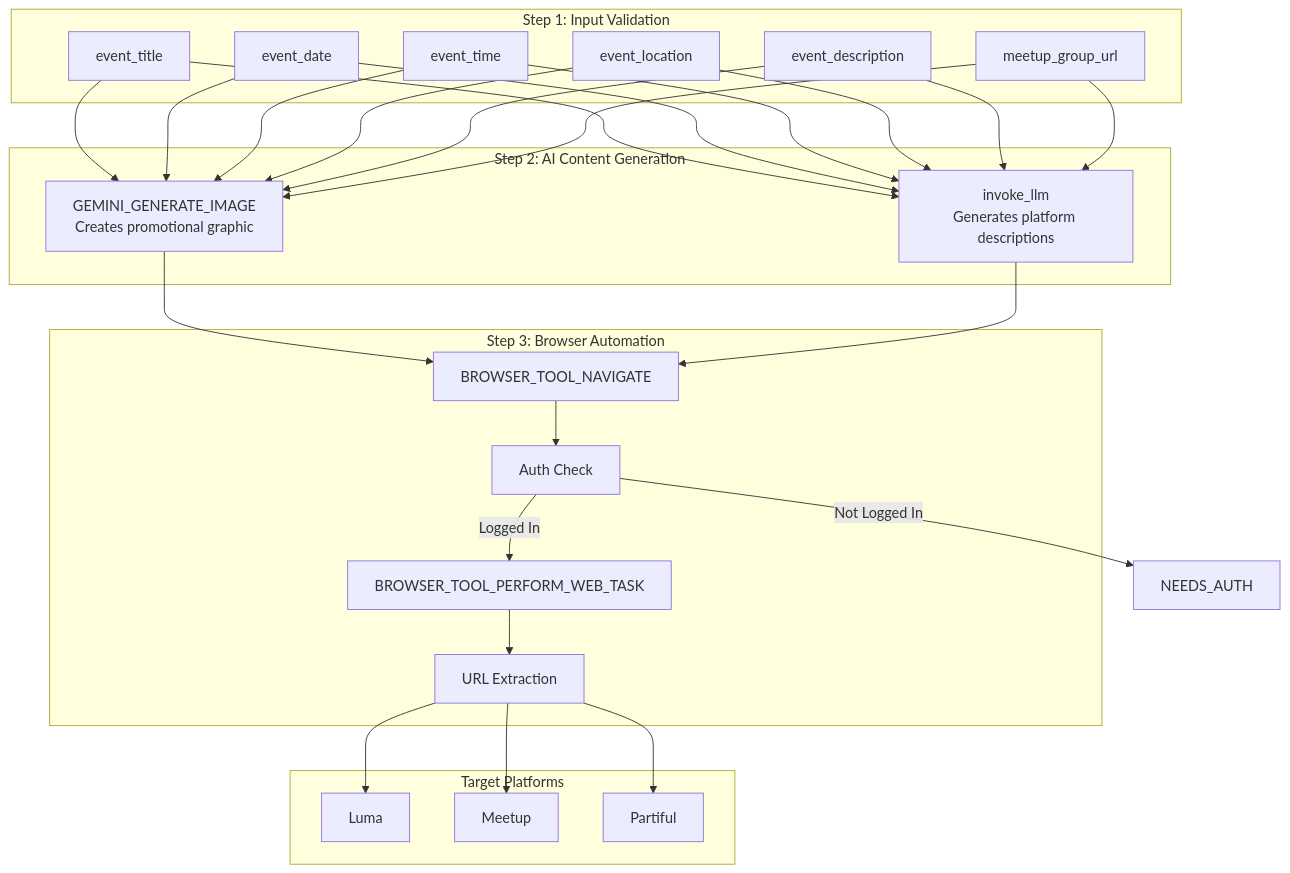
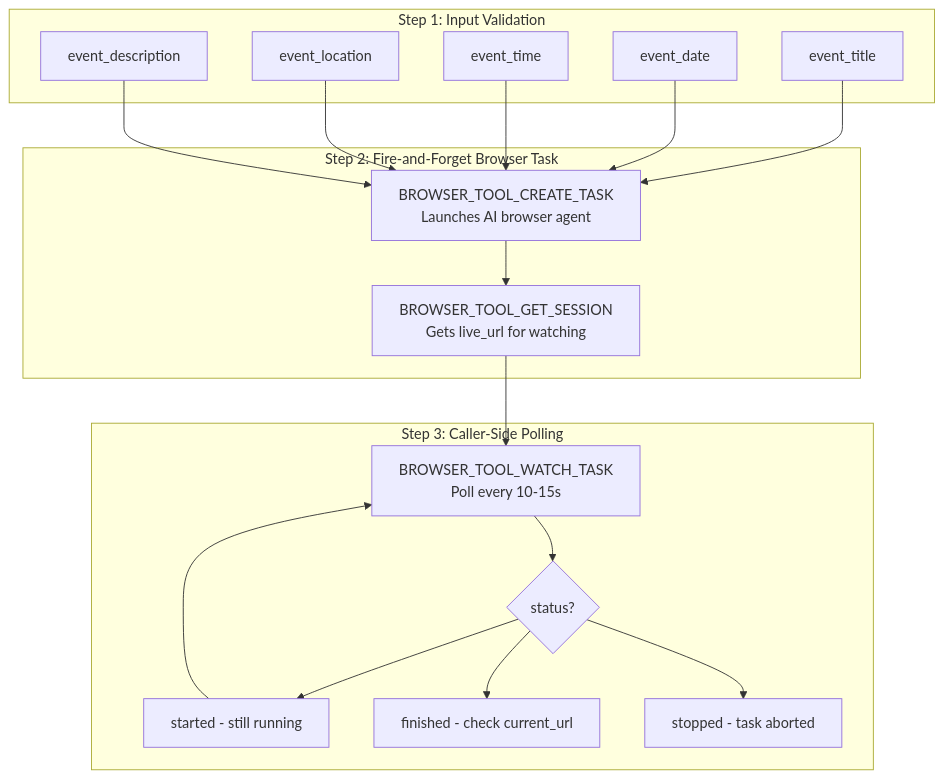
The first of 2 diagrams in docs/event-creation.md (Coffee-Code-Philly-Accelerator/CCP-Digital-Marketing), drawn with Mermaid before and after one commit. The commit also changed other lines of this file and 83 other files, not shown here.

````diff
--- a/docs/event-creation.md
+++ b/docs/event-creation.md
@@ -25,38 +27,31 @@
 ```mermaid
 flowchart TB
     subgraph Input["Step 1: Input Validation"]
         A[event_title]
         B[event_date]
         C[event_time]
         D[event_location]
         E[event_description]
-        F[meetup_group_url]
     end
 
-    subgraph AI["Step 2: AI Content Generation"]
-        G[GEMINI_GENERATE_IMAGE<br/>Creates promotional graphic]
-        H[invoke_llm<br/>Generates platform descriptions]
+    subgraph Browser["Step 2: Fire-and-Forget Browser Task"]
+        F[BROWSER_TOOL_CREATE_TASK<br/>Launches AI browser agent]
+        G[BROWSER_TOOL_GET_SESSION<br/>Gets live_url for watching]
     end
 
-    subgraph Browser["Step 3: Browser Automation"]
-        I[BROWSER_TOOL_NAVIGATE]
-        J[Auth Check]
-        K[BROWSER_TOOL_PERFORM_WEB_TASK]
-        L[URL Extraction]
+    subgraph Polling["Step 3: Caller-Side Polling"]
+        H[BROWSER_TOOL_WATCH_TASK<br/>Poll every 10-15s]
+        I{status?}
+        J[started - still running]
+        K[finished - check current_url]
+        L[stopped - task aborted]
     end
 
-    subgraph Platforms["Target Platforms"]
-        M[Luma]
-        N[Meetup]
-        O[Partiful]
-    end
-
-    A & B & C & D & E & F --> G
-    A & B & C & D & E & F --> H
-    G & H --> I
-    I --> J
-    J -->|Logged In| K
-    J -->|Not Logged In| P[NEEDS_AUTH]
-    K --> L
-    L --> M & N & O
+    A & B & C & D & E --> F
+    F --> G
+    G --> H
+    H --> I
+    I --> J --> H
+    I --> K
+    I --> L
 ```
````
